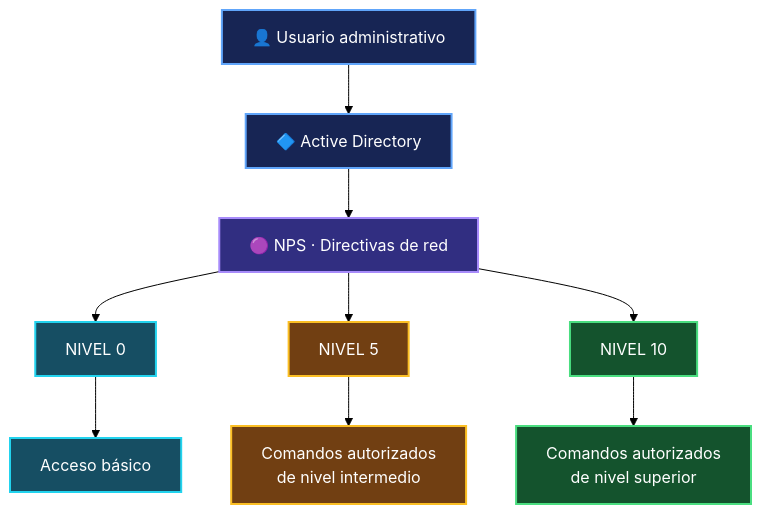
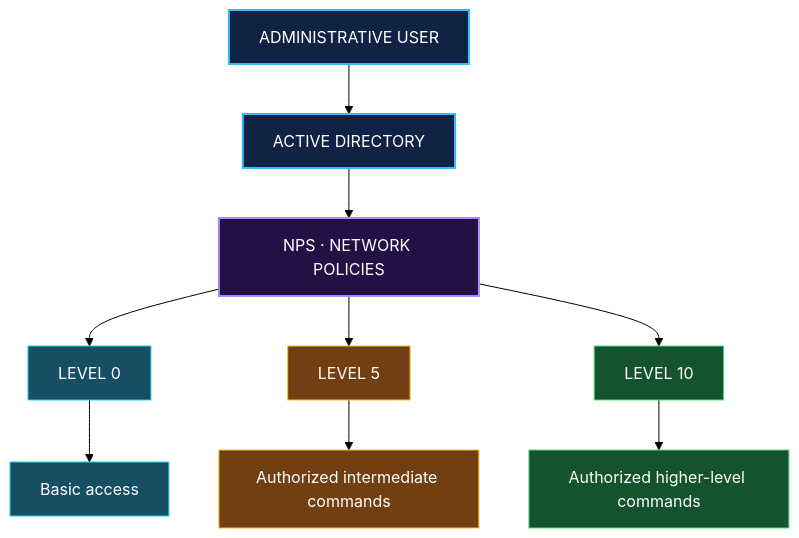
One commit to emelycarolinacarrascotorres-collab/Radius-nps-active-directory-lab changed the third of 3 diagrams in radius-nps-active-directory-lab/README.md. Above: the diagram before and after it, drawn with Mermaid (forest theme). The commit also changed other lines of this file, not shown here.

````diff
--- a/radius-nps-active-directory-lab/README.md
+++ b/radius-nps-active-directory-lab/README.md
@@ -248,28 +171,28 @@
 ```mermaid
 flowchart TB
-    U["👤 Usuario administrativo"]
-    AD["🔷 Active Directory"]
-    NPS["🟣 NPS · Directivas de red"]
+    USER["ADMINISTRATIVE USER"]
+    AD["ACTIVE DIRECTORY"]
+    NPS["NPS · NETWORK POLICIES"]
 
-    U --> AD --> NPS
+    USER --> AD --> NPS
 
-    NPS --> P0["NIVEL 0"]
-    NPS --> P5["NIVEL 5"]
-    NPS --> P10["NIVEL 10"]
+    NPS --> P0["LEVEL 0"]
+    NPS --> P5["LEVEL 5"]
+    NPS --> P10["LEVEL 10"]
 
-    P0 --> C0["Acceso básico"]
-    P5 --> C5["Comandos autorizados<br/>de nivel intermedio"]
-    P10 --> C10["Comandos autorizados<br/>de nivel superior"]
+    P0 --> A0["Basic access"]
+    P5 --> A5["Authorized intermediate commands"]
+    P10 --> A10["Authorized higher-level commands"]
 
-    classDef identity fill:#172554,stroke:#60A5FA,color:#FFFFFF,stroke-width:2px
-    classDef policy fill:#312E81,stroke:#A78BFA,color:#FFFFFF,stroke-width:2px
-    classDef low fill:#164E63,stroke:#22D3EE,color:#FFFFFF,stroke-width:2px
-    classDef medium fill:#713F12,stroke:#FBBF24,color:#FFFFFF,stroke-width:2px
-    classDef high fill:#14532D,stroke:#4ADE80,color:#FFFFFF,stroke-width:2px
+    classDef identity fill:#102344,stroke:#38BDF8,color:#FFFFFF,stroke-width:2px
+    classDef policy fill:#241044,stroke:#A78BFA,color:#FFFFFF,stroke-width:2px
+    classDef low fill:#164E63,stroke:#22D3EE,color:#FFFFFF
+    classDef medium fill:#713F12,stroke:#FBBF24,color:#FFFFFF
+    classDef high fill:#14532D,stroke:#4ADE80,color:#FFFFFF
 
-    class U,AD identity
+    class USER,AD identity
     class NPS policy
-    class P0,C0 low
-    class P5,C5 medium
-    class P10,C10 high
+    class P0,A0 low
+    class P5,A5 medium
+    class P10,A10 high
 ```
````
